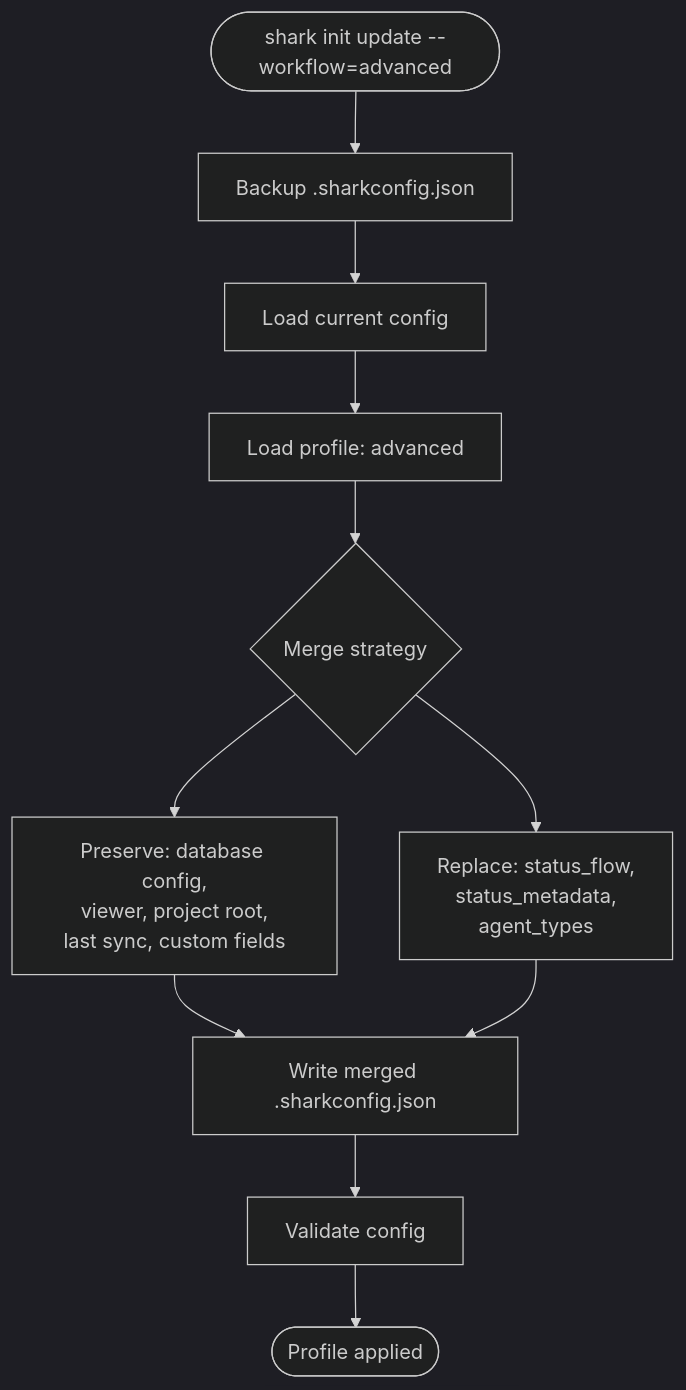
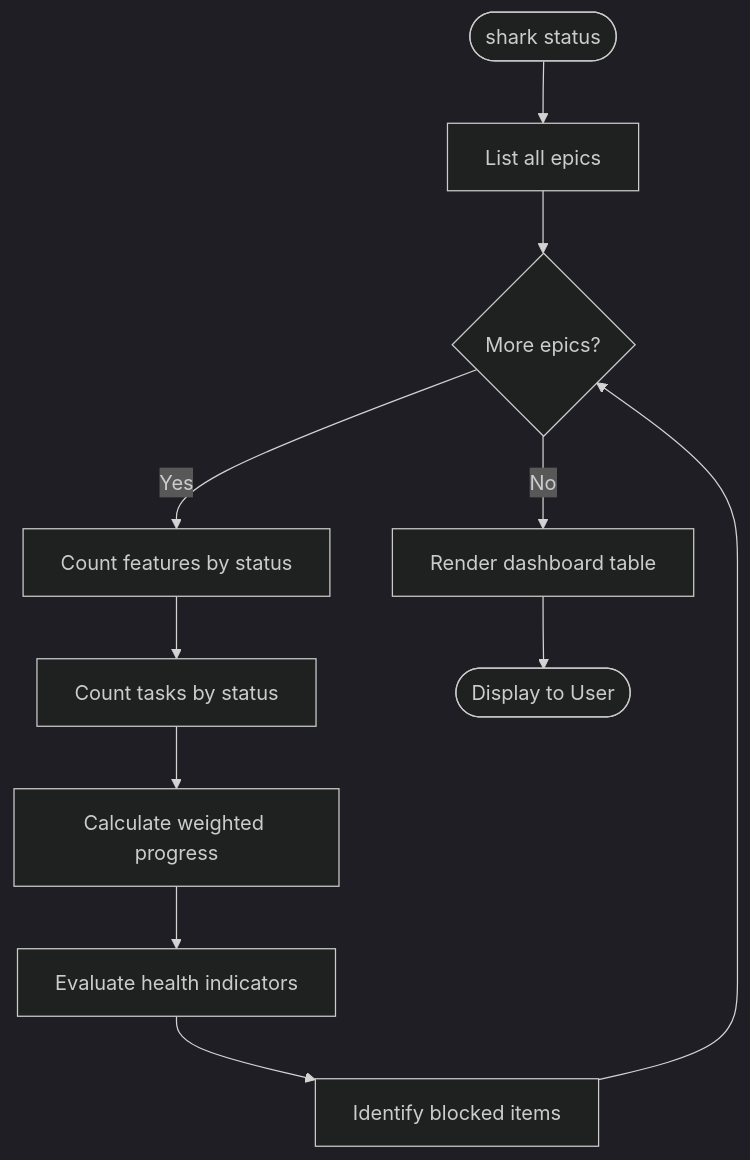
One commit to jwwelbor/shark-task-manager changed the fourth of 4 diagrams in brownfield-docs/diagrams/behavioral/activity-diagrams.md. Above: the diagram before and after it, drawn with Mermaid (dark theme). The commit also changed other lines of this file and 47 other files, not shown here.

````diff
--- a/brownfield-docs/diagrams/behavioral/activity-diagrams.md
+++ b/brownfield-docs/diagrams/behavioral/activity-diagrams.md
@@ -136,15 +55,13 @@
 ```mermaid
 flowchart TD
-    START([shark init update --workflow=advanced]) --> BACKUP[Backup .sharkconfig.json]
-    BACKUP --> LOAD[Load current config]
-    LOAD --> PROFILE[Load profile: advanced]
-
-    PROFILE --> MERGE{Merge strategy}
-    MERGE --> PRESERVE[Preserve: database config,<br/>viewer, project root,<br/>last sync, custom fields]
-    MERGE --> REPLACE[Replace: status_flow,<br/>status_metadata,<br/>agent_types]
-
-    PRESERVE --> WRITE[Write merged .sharkconfig.json]
-    REPLACE --> WRITE
-    WRITE --> VALIDATE[Validate config]
-    VALIDATE --> DONE([Profile applied])
+    START([shark status]) --> EPICS[List all epics]
+    EPICS --> LOOP{More epics?}
+    LOOP --> |Yes| FEATURES[Count features by status]
+    FEATURES --> TASKS[Count tasks by status]
+    TASKS --> PROGRESS[Calculate weighted progress]
+    PROGRESS --> HEALTH[Evaluate health indicators]
+    HEALTH --> IMPEDIMENTS[Identify blocked items]
+    IMPEDIMENTS --> LOOP
+    LOOP --> |No| RENDER[Render dashboard table]
+    RENDER --> END([Display to User])
 ```
````
